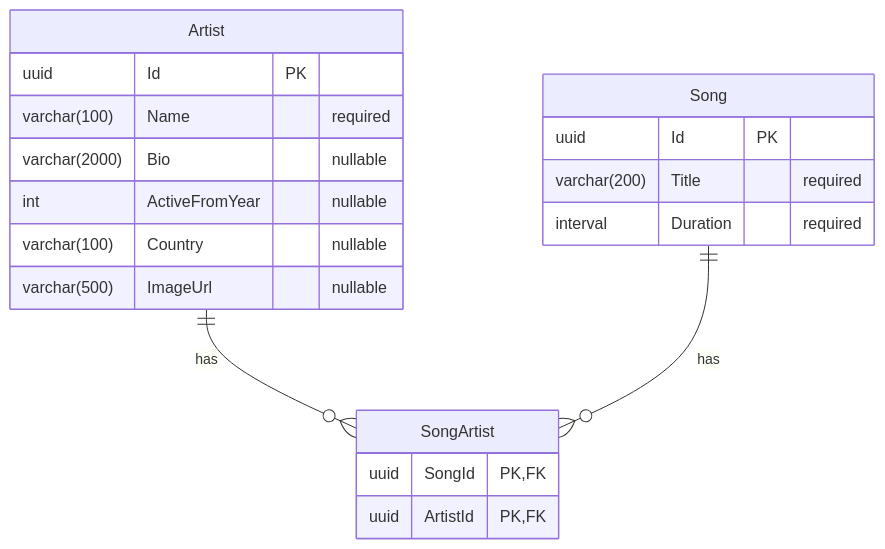
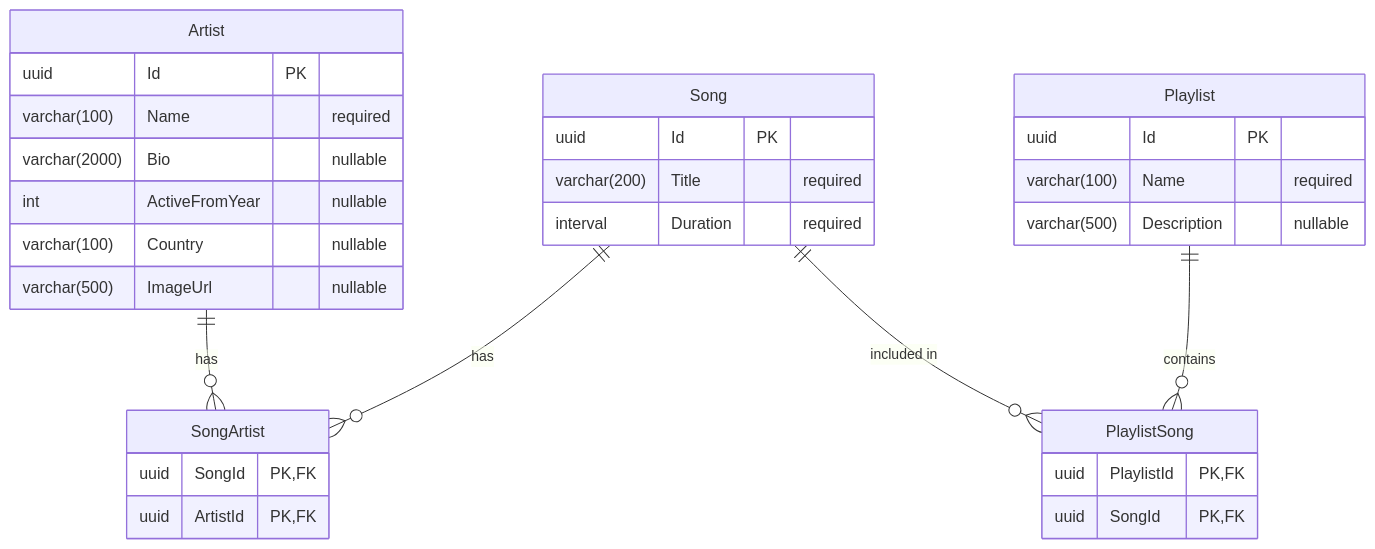
The second of 2 diagrams in README.md (istvan-karsai/aspire-playlist-app), drawn with Mermaid before and after one commit. The commit also changed other lines of this file, not shown here.

Commit message:
docs: update README with Playlists schema and project management links (#145)

````diff
--- a/README.md
+++ b/README.md
@@ -61,25 +66,39 @@
 ```mermaid
 erDiagram
     Artist ||--o{ SongArtist : "has"
     Song ||--o{ SongArtist : "has"
 
     Artist {
         uuid Id PK
         varchar(100) Name "required"
         varchar(2000) Bio "nullable"
         int ActiveFromYear "nullable"
         varchar(100) Country "nullable"
         varchar(500) ImageUrl "nullable"
     }
 
     Song {
         uuid Id PK
         varchar(200) Title "required"
         interval Duration "required"
     }
 
     SongArtist {
         uuid SongId PK,FK
         uuid ArtistId PK,FK
     }
+
+    Playlist ||--o{ PlaylistSong : "contains"
+    Song ||--o{ PlaylistSong : "included in"
+
+    Playlist {
+        uuid Id PK
+        varchar(100) Name "required"
+        varchar(500) Description "nullable"
+    }
+
+    PlaylistSong {
+        uuid PlaylistId PK,FK
+        uuid SongId PK,FK
+    }
 ```
````
